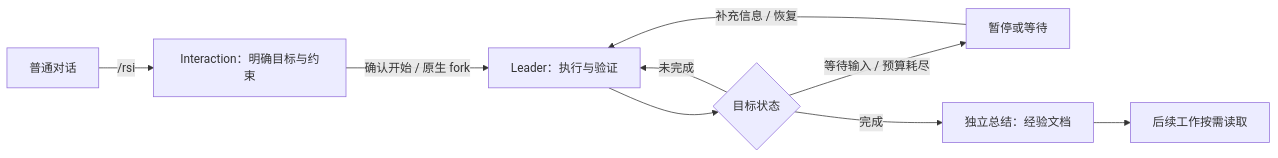
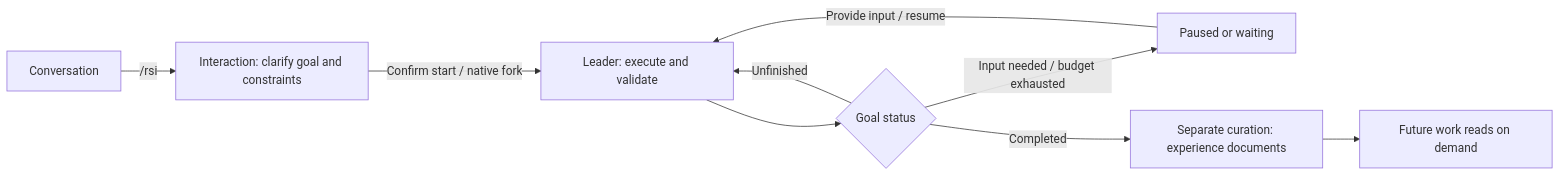
The diagram in README.md (areal-project/AReaL-RSI), drawn with Mermaid before and after one commit. The commit also changed other lines of this file, not shown here.

````diff
--- a/README.md
+++ b/README.md
@@ -100,11 +112,11 @@
 ```mermaid
 flowchart LR
-    C[普通对话] -->|/rsi| I[Interaction：明确目标与约束]
-    I -->|确认开始 / 原生 fork| L[Leader：执行与验证]
-    L --> G{目标状态}
-    G -->|未完成| L
-    G -->|等待输入 / 预算耗尽| P[暂停或等待]
-    P -->|补充信息 / 恢复| L
-    G -->|完成| E[独立总结：经验文档]
-    E --> N[后续工作按需读取]
+    C[Conversation] -->|/rsi| I[Interaction: clarify goal and constraints]
+    I -->|Confirm start / native fork| L[Leader: execute and validate]
+    L --> G{Goal status}
+    G -->|Unfinished| L
+    G -->|Input needed / budget exhausted| P[Paused or waiting]
+    P -->|Provide input / resume| L
+    G -->|Completed| E[Separate curation: experience documents]
+    E --> N[Future work reads on demand]
 ```
````
